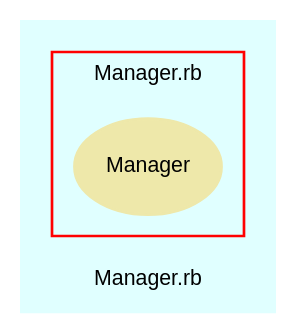
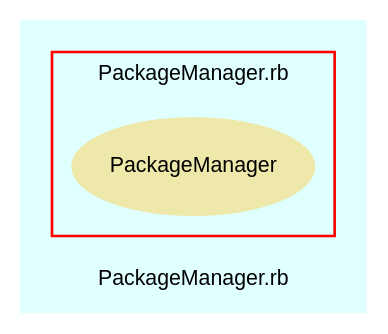
Before and after one commit to eschabell/abtlinux: the diagram in src/trunk/doc/dot/f_1.dot, drawn with Graphviz. The commit also changed 27 other files, not shown here.

```diff
--- a/src/trunk/doc/dot/f_1.dot
+++ b/src/trunk/doc/dot/f_1.dot
@@ -1,28 +1,28 @@
 digraph TopLevel {
     compound = true
     bgcolor = lightcyan1
     fontname = Arial
     fontsize = 8
-    label = "Manager.rb"
+    label = "PackageManager.rb"
     node [
         fontname = Arial,
         fontsize = 8,
         color = black
     ]
 
     subgraph cluster_2 {
         fontname = Arial
         color = red
-        label = "Manager.rb"
-        Manager [
+        label = "PackageManager.rb"
+        PackageManager [
             fontcolor = black,
-            URL = "classes/Manager.html",
+            URL = "classes/PackageManager.html",
             shape = ellipse,
             color = palegoldenrod,
             style = filled,
-            label = "Manager"
+            label = "PackageManager"
         ]
 
     }
 
 }
```
